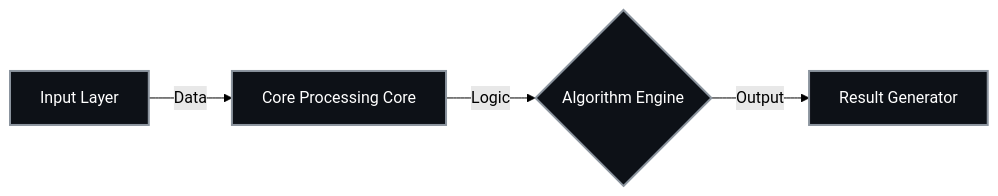
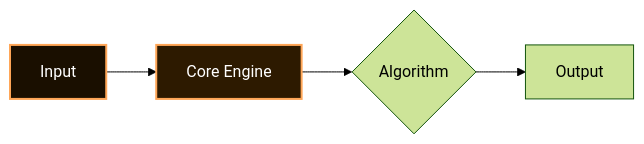
One commit to Nytrynox/Gemini-DevPost changed the diagram in README.md. Above: the diagram before and after it, drawn with Mermaid (forest theme). The commit also changed other lines of this file, not shown here.

````diff
--- a/README.md
+++ b/README.md
@@ -28,9 +34,9 @@
 ```mermaid
 graph LR;
-    A["Input Layer"] -->|Data| B["Core Processing Core"];
-    B -->|Logic| C{"Algorithm Engine"};
-    C -->|Output| D["Result Generator"];
-    
-    classDef core fill:#0d1117,stroke:#8b949e,stroke-width:2px,color:#fff;
-    class A,B,C,D core;
+    A["Input"] --> B["Core Engine"];
+    B --> C{"Algorithm"};
+    C --> D["Output"];
+
+    style A fill:#1a0f00,stroke:#ffa657,stroke-width:2px,color:#fff
+    style B fill:#2d1a00,stroke:#ffa657,stroke-width:2px,color:#fff
 ```
````
